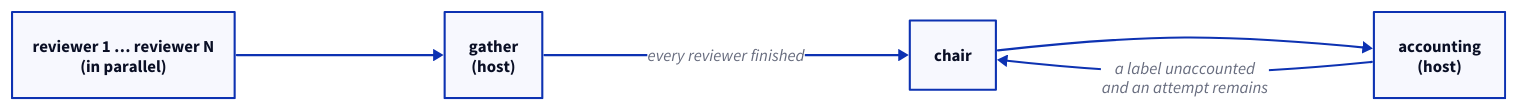
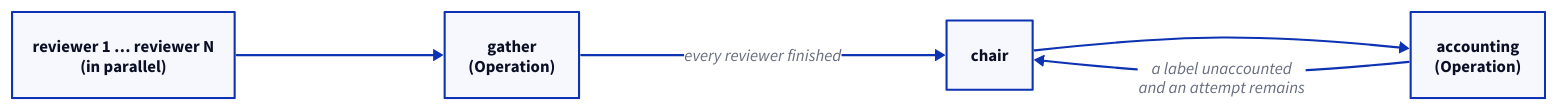
Before and after one commit to FTOD/concorde: the diagram in specs/concorde/spec-tooling/spec-review/panel.md, drawn with D2. The commit also changed other lines of this file and 339 other files, not shown here.

````diff
--- a/specs/concorde/spec-tooling/spec-review/panel.md
+++ b/specs/concorde/spec-tooling/spec-review/panel.md
@@ -39,11 +41,11 @@
 ```d2 illustrative
 direction: right
 reviewers: "reviewer 1 … reviewer N\n(in parallel)"
-gather: "gather\n(host)"
+gather: "gather\n(Operation)"
 chair: "chair"
-account: "accounting\n(host)"
+account: "accounting\n(Operation)"
 reviewers -> gather
 gather -> chair: every reviewer finished
 chair -> account
 account -> chair: "a label unaccounted\nand an attempt remains"
 ```
````
